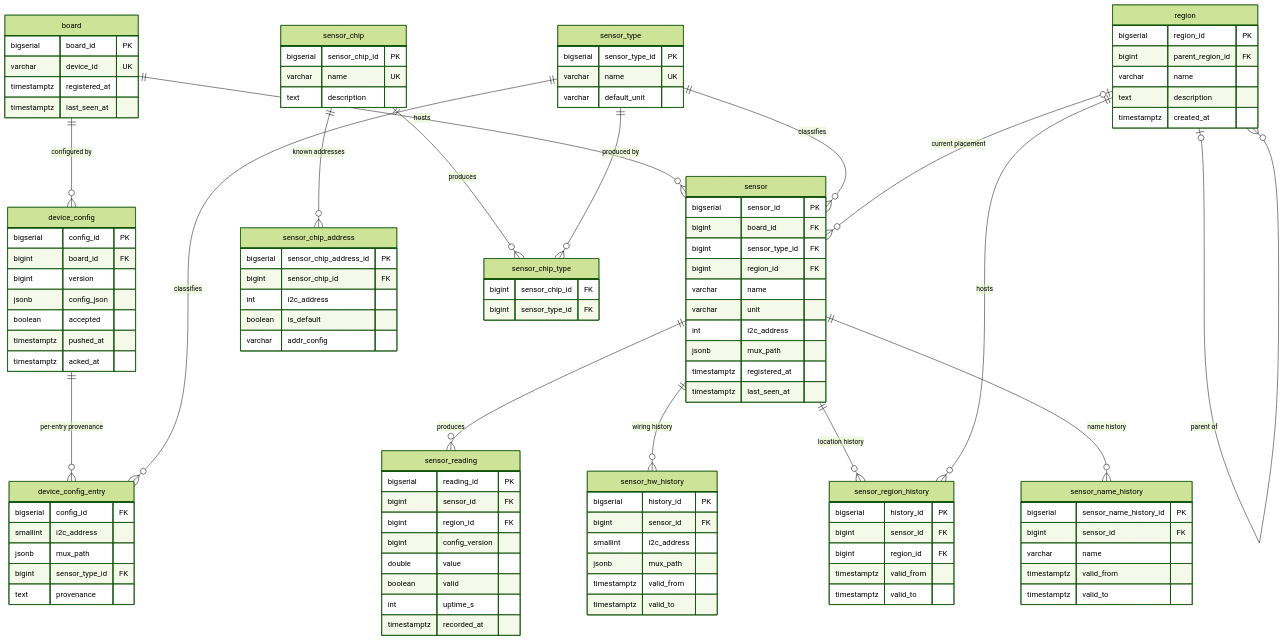
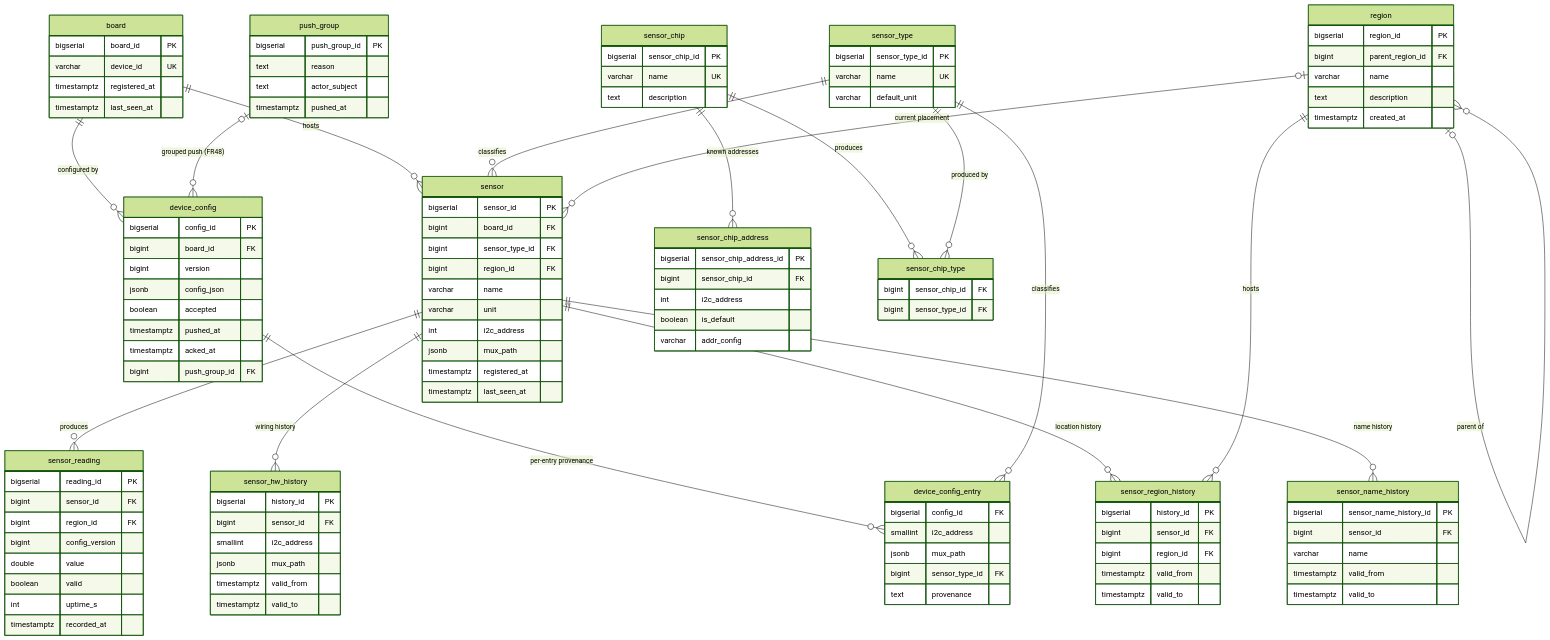
Before and after one commit to whale-net/everything: the first of 4 diagrams in leaflab/DATA.md, drawn with Mermaid (forest theme). The commit also changed other lines of this file and 5 other files, not shown here.

First line of the commit message:
scaffold: FR38 dry run, FR48 multi-board push and push_group status

```diff
--- a/leaflab/DATA.md
+++ b/leaflab/DATA.md
@@ -71,6 +71,14 @@
         boolean     accepted
         timestamptz pushed_at
         timestamptz acked_at
+        bigint      push_group_id FK
+    }
+
+    push_group {
+        bigserial   push_group_id PK
+        text        reason
+        text        actor_subject
+        timestamptz pushed_at
     }
 
     device_config_entry {
@@ -121,6 +129,7 @@
     region           ||--o{ sensor_region_history: "hosts"
     sensor           ||--o{ sensor_reading       : "produces"
     board            ||--o{ device_config        : "configured by"
+    push_group       |o--o{ device_config        : "grouped push (FR48)"
     device_config    ||--o{ device_config_entry  : "per-entry provenance"
     sensor_type      ||--o{ device_config_entry  : "classifies"
     sensor_chip      ||--o{ sensor_chip_address  : "known addresses"
```
